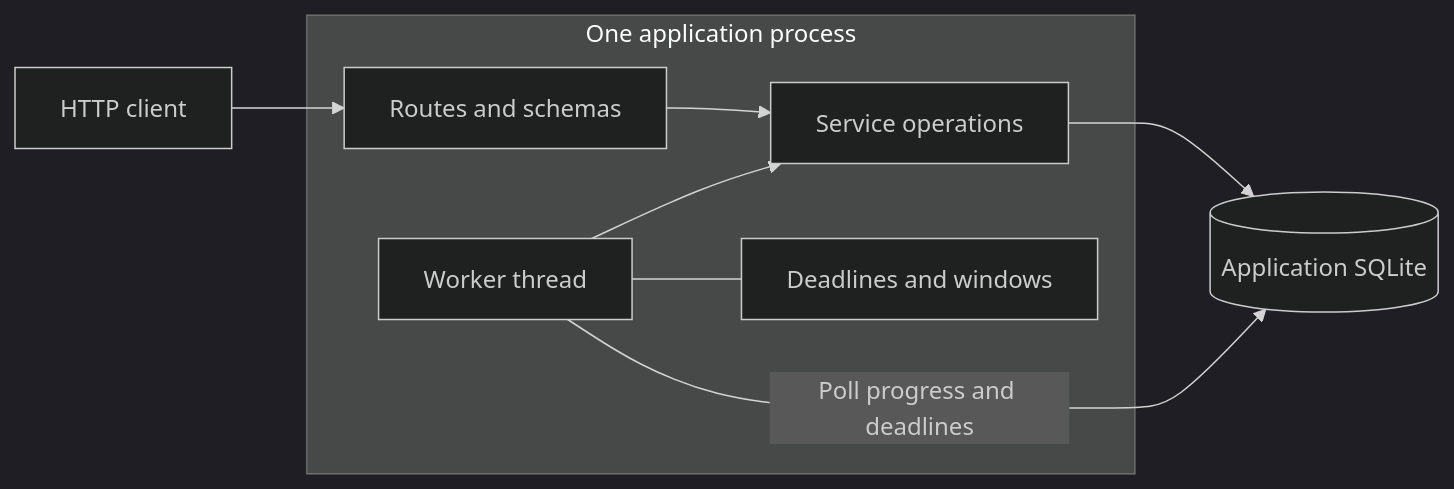
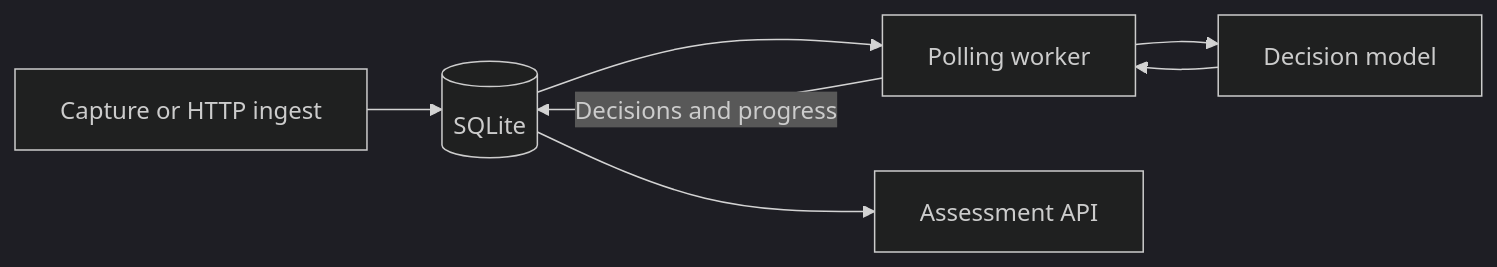
Before and after one commit to b-a-merritt/msse692: the diagram in docs/developer_guide.md, drawn with Mermaid (dark theme). The commit also changed other lines of this file and 149 other files, not shown here.

Commit message:
replace SQL assessment with Jev decisions, normalize schema

````diff
--- a/docs/developer_guide.md
+++ b/docs/developer_guide.md
@@ -17,11 +7,9 @@
 ```mermaid
 flowchart LR
-    C[HTTP client] --> R[Routes and schemas]
-    subgraph Process[One application process]
-        R --> S[Service operations]
-        W[Worker thread] --> S
-        W --- T[Deadlines and windows]
-    end
-    S --> DB[(Application SQLite)]
-    W -->|Poll progress and deadlines| DB
+    C[Capture or HTTP ingest] --> D[(SQLite)]
+    D --> W[Polling worker]
+    W --> M[Decision model]
+    M --> W
+    W -->|Decisions and progress| D
+    D --> A[Assessment API]
 ```
````
